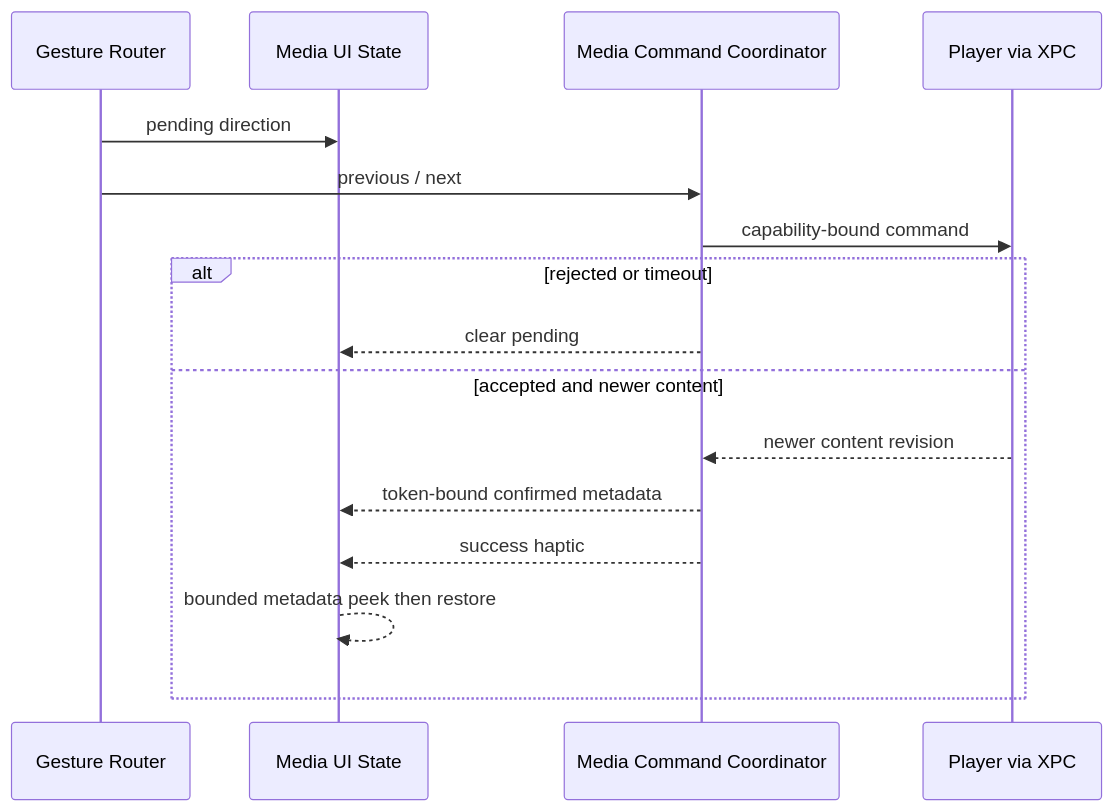
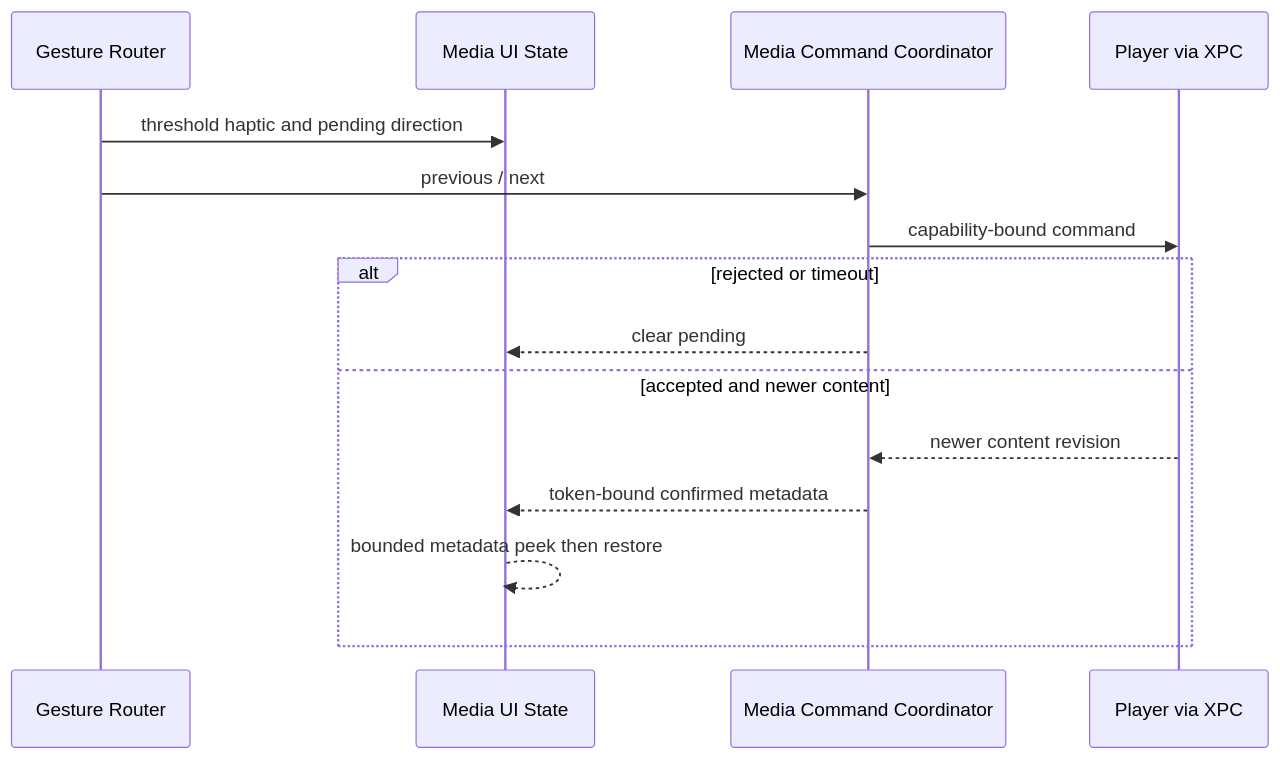
The fourth of 4 diagrams in docs/plans/2026-07-26-001-feat-event-surface-interactions-plan.md (taobaorun/keep3), drawn with Mermaid before and after one commit. The commit also changed other lines of this file and 5 other files, not shown here.

````diff
--- a/docs/plans/2026-07-26-001-feat-event-surface-interactions-plan.md
+++ b/docs/plans/2026-07-26-001-feat-event-surface-interactions-plan.md
@@ -233,18 +233,17 @@
 ```mermaid
 sequenceDiagram
   participant G as Gesture Router
   participant U as Media UI State
   participant C as Media Command Coordinator
   participant P as Player via XPC
-  G->>U: pending direction
+  G->>U: threshold haptic and pending direction
   G->>C: previous / next
   C->>P: capability-bound command
   alt rejected or timeout
     C-->>U: clear pending
   else accepted and newer content
     P-->>C: newer content revision
     C-->>U: token-bound confirmed metadata
-    C-->>U: success haptic
     U-->>U: bounded metadata peek then restore
   end
 ```
````
